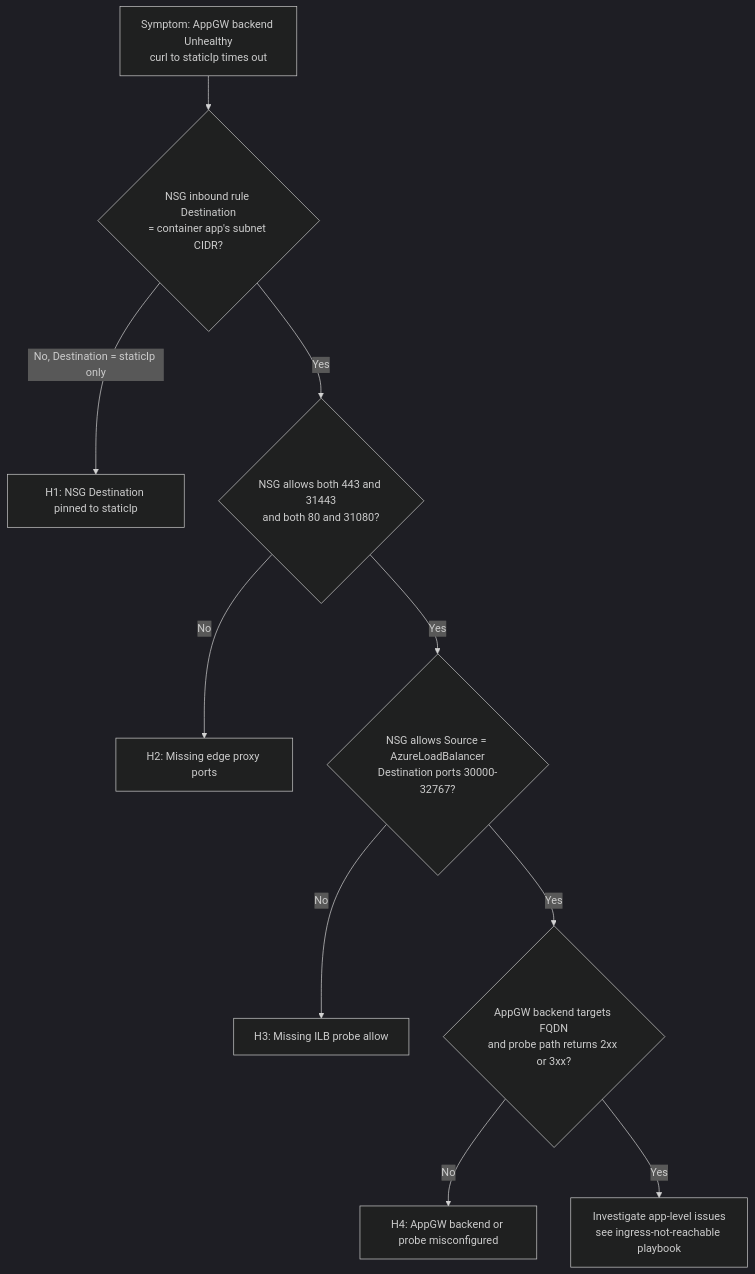
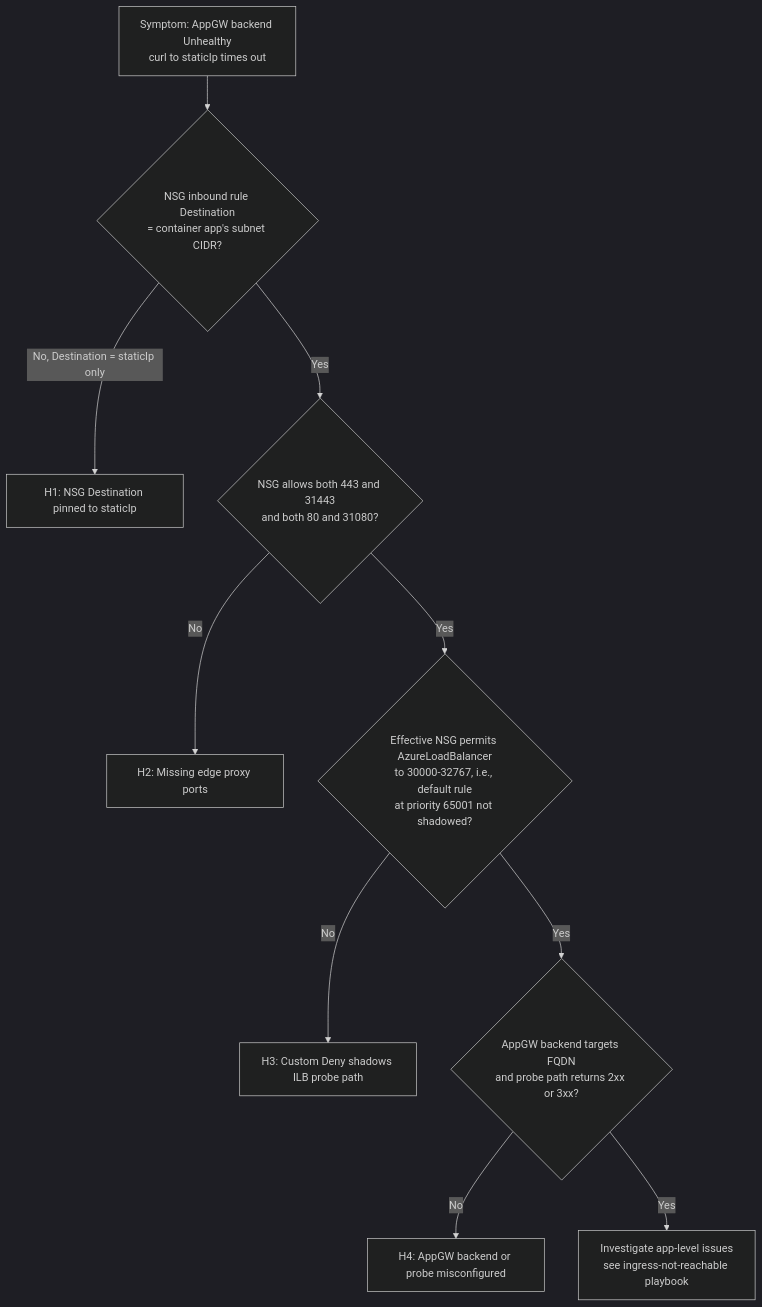
Before and after one commit to yeongseon/azure-container-apps-practical-guide: the diagram in docs/troubleshooting/playbooks/ingress-and-networking/appgw-to-internal-aca-nsg-destination.md, drawn with Mermaid (dark theme). The commit also changed other lines of this file and 13 other files, not shown here.

````diff
--- a/docs/troubleshooting/playbooks/ingress-and-networking/appgw-to-internal-aca-nsg-destination.md
+++ b/docs/troubleshooting/playbooks/ingress-and-networking/appgw-to-internal-aca-nsg-destination.md
@@ -50,12 +50,12 @@
 ```mermaid
 flowchart TD
     A[Symptom: AppGW backend Unhealthy<br/>curl to staticIp times out] --> B{NSG inbound rule Destination<br/>= container app's subnet CIDR?}
     B -->|No, Destination = staticIp only| H1[H1: NSG Destination pinned to staticIp]
     B -->|Yes| C{NSG allows both 443 and 31443<br/>and both 80 and 31080?}
     C -->|No| H2[H2: Missing edge proxy ports]
-    C -->|Yes| D{NSG allows Source = AzureLoadBalancer<br/>Destination ports 30000-32767?}
-    D -->|No| H3[H3: Missing ILB probe allow]
+    C -->|Yes| D{Effective NSG permits AzureLoadBalancer<br/>to 30000-32767, i.e., default rule<br/>at priority 65001 not shadowed?}
+    D -->|No| H3[H3: Custom Deny shadows ILB probe path]
     D -->|Yes| E{AppGW backend targets FQDN<br/>and probe path returns 2xx or 3xx?}
     E -->|No| H4[H4: AppGW backend or probe misconfigured]
     E -->|Yes| F[Investigate app-level issues<br/>see ingress-not-reachable playbook]
 ```
````
